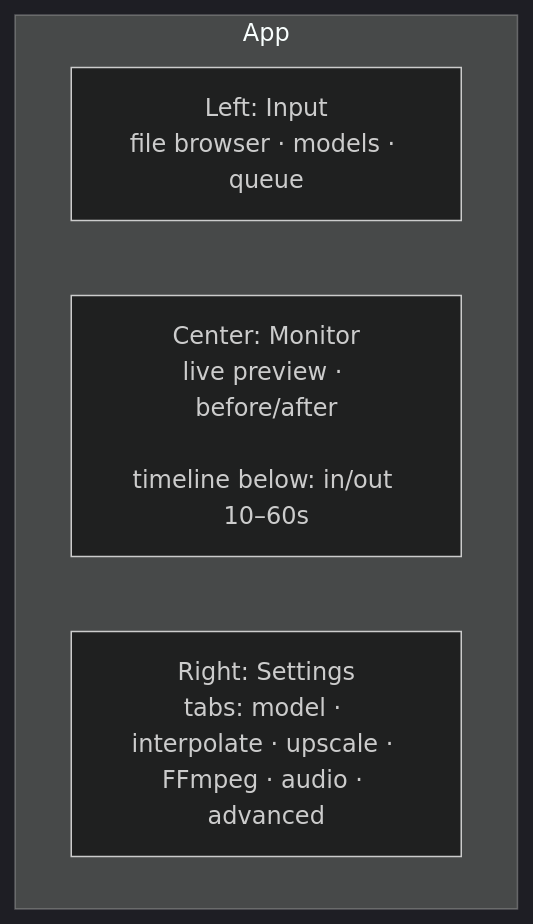
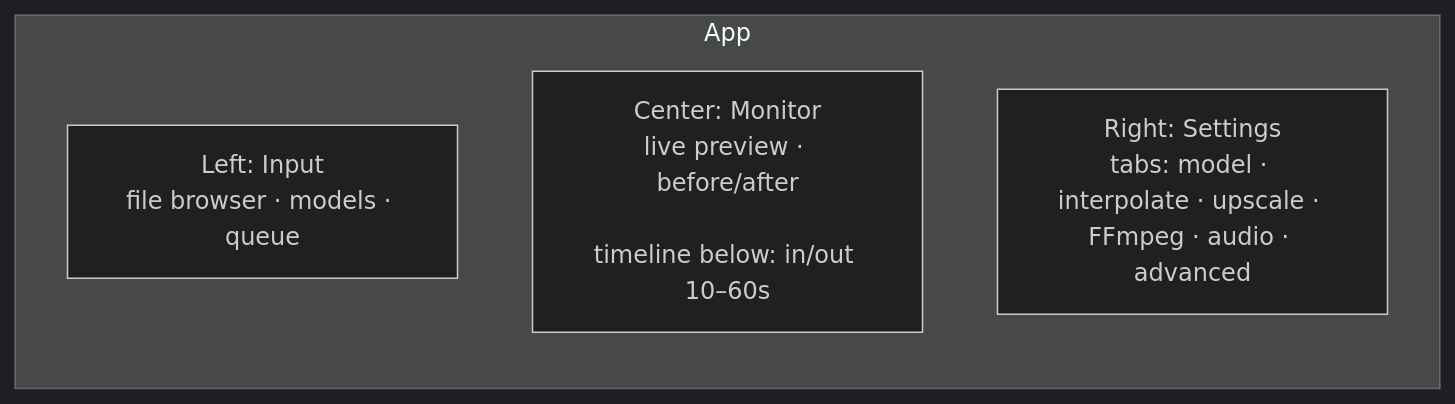
The first of 3 diagrams in docs/PLAN.md (senmei-app/senmei), drawn with Mermaid (dark theme) before and after one commit. The commit also changed other lines of this file and 5 other files, not shown here.

````diff
--- a/docs/PLAN.md
+++ b/docs/PLAN.md
@@ -60,9 +60,9 @@
 ```mermaid
-flowchart LR
+flowchart TB
     subgraph App
-        direction LR
+        direction TB
         A[Left: Input<br/>file browser · models · queue]
         B[Center: Monitor<br/>live preview · before/after<br/><br/>timeline below: in/out 10–60s]
         C[Right: Settings<br/>tabs: model · interpolate · upscale · FFmpeg · audio · advanced]
     end
 ```
````
